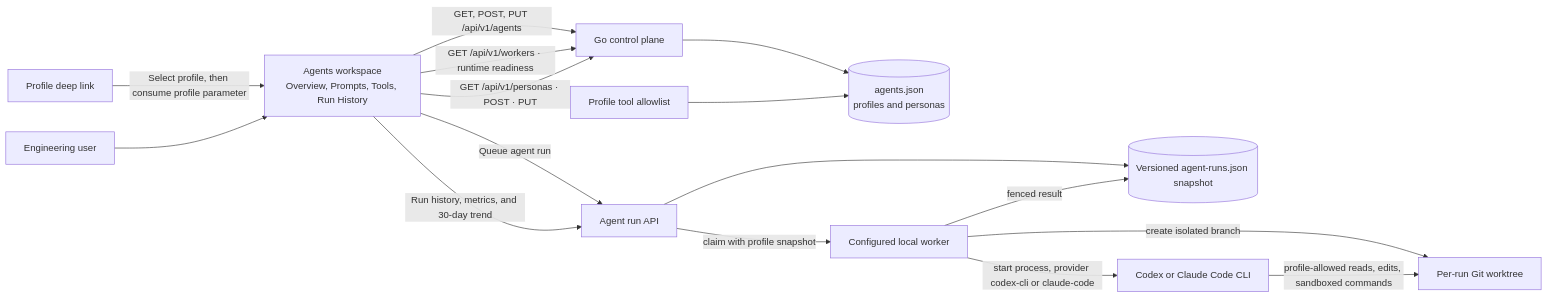
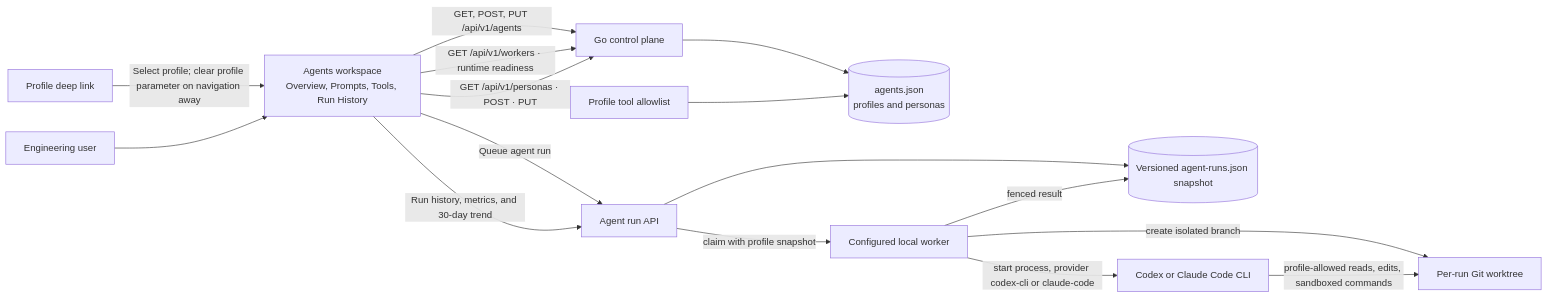
The diagram in docs/features/agent-profiles.md (bogdaniel/zenchron-engineering-os), drawn with Mermaid before and after one commit. The commit also changed 13 other files, not shown here.

Commit message:
fix(dashboard): clear one-shot queries on navigation

````diff
--- a/docs/features/agent-profiles.md
+++ b/docs/features/agent-profiles.md
@@ -48,18 +48,18 @@
 ```mermaid
 flowchart LR
-    Link["Profile deep link"] -->|Select profile, then consume profile parameter| Dashboard
+    Link["Profile deep link"] -->|Select profile; clear profile parameter on navigation away| Dashboard
     User[Engineering user] --> Dashboard[Agents workspace]
     Dashboard[Agents workspace<br/>Overview, Prompts, Tools, Run History] -->|GET, POST, PUT /api/v1/agents| API[Go control plane]
     Dashboard -->|GET /api/v1/workers · runtime readiness| API
     Dashboard -->|Queue agent run| Runs[Agent run API]
     Dashboard -->|GET /api/v1/personas · POST · PUT| API
     API --> Store[(agents.json<br/>profiles and personas)]
     Runs --> RunStore[(Versioned agent-runs.json snapshot)]
     Dashboard -->|Run history, metrics, and 30-day trend| Runs
     Tools[Profile tool allowlist] --> Store
     Runs -->|claim with profile snapshot| Worker[Configured local worker]
     Worker -->|start process, provider codex-cli or claude-code| Harness[Codex or Claude Code CLI]
     Worker -->|create isolated branch| Worktree[Per-run Git worktree]
     Harness -->|profile-allowed reads, edits, sandboxed commands| Worktree
     Worker -->|fenced result| RunStore
 ```
````
